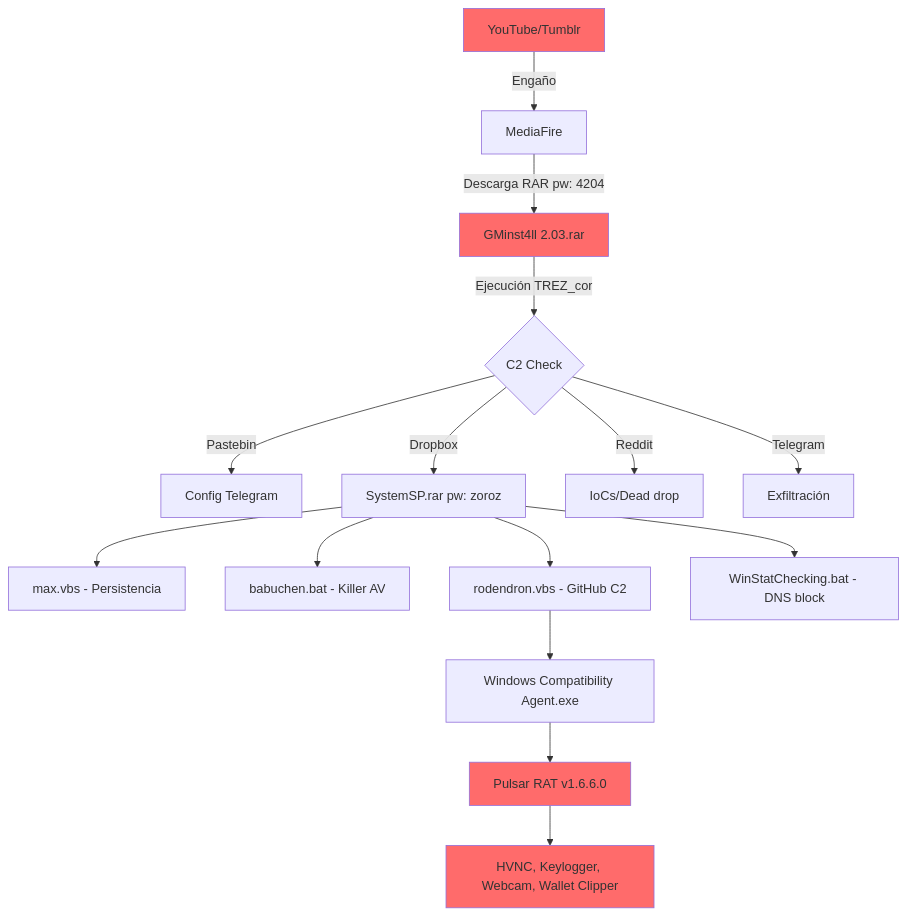
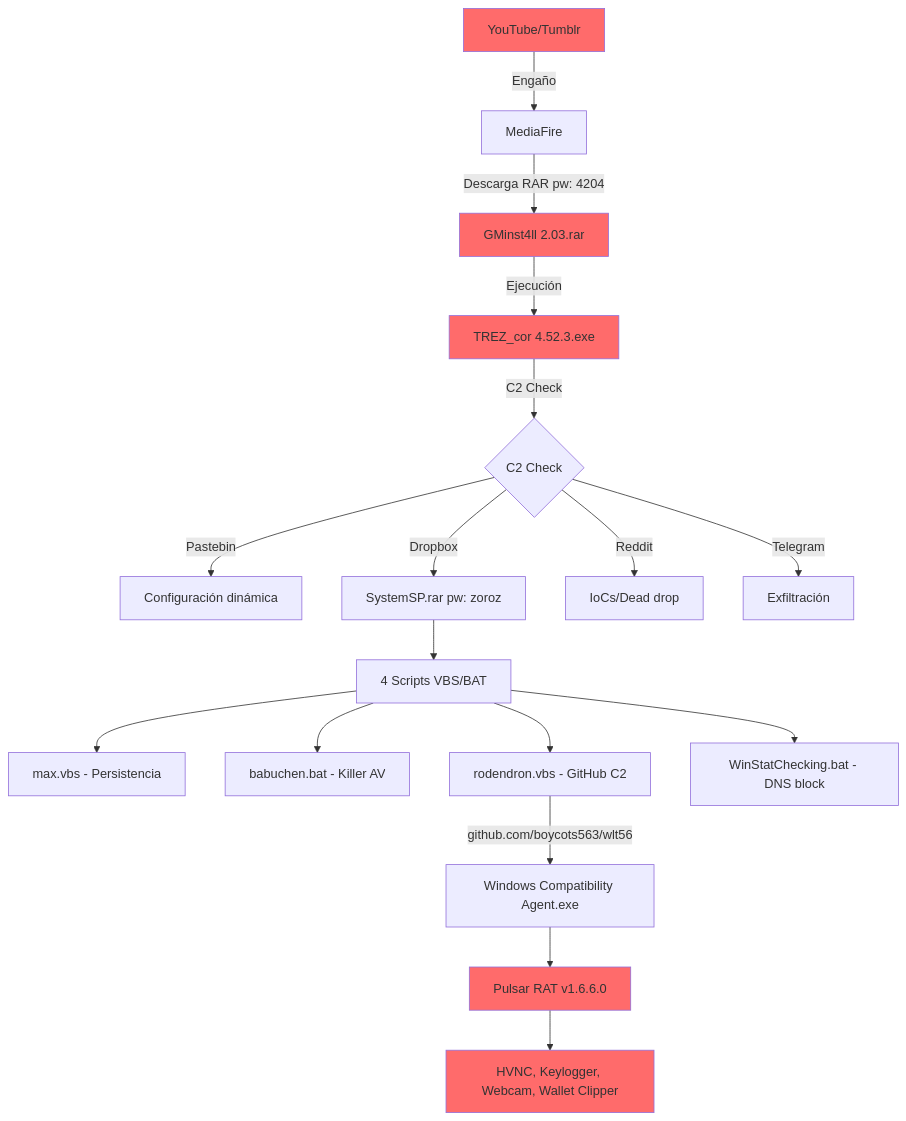
One commit to alesanfe/soar-ransomware-lab changed diagram 11 of 12 in docs/thesis/appendix_f.md. Above: the diagram before and after it, drawn with Mermaid.

First paragraph of the commit message:
fix(thesis): Anexo F.11 - corrige flujo GMinst4ll contra repo forensics
4 correcciones verificadas contra github.com/alesanfe/gminst4ll-forensics
(README.md y docs/01_INFORME_PRINCIPAL_GMINST4LL.md):

````diff
--- a/docs/thesis/appendix_f.md
+++ b/docs/thesis/appendix_f.md
@@ -450,21 +450,24 @@
 ```mermaid
 graph TD
  A[YouTube/Tumblr] -->|Engaño| B[MediaFire]
  B -->|Descarga RAR pw: 4204| C[GMinst4ll 2.03.rar]
- C -->|Ejecución TREZ_cor| D{C2 Check}
- D -->|Pastebin| E[Config Telegram]
- D -->|Dropbox| F[SystemSP.rar pw: zoroz]
- D -->|Reddit| G[IoCs/Dead drop]
- D -->|Telegram| H[Exfiltración]
- F --> I[max.vbs - Persistencia]
- F --> J[babuchen.bat - Killer AV]
- F --> K[rodendron.vbs - GitHub C2]
- F --> L[WinStatChecking.bat - DNS block]
- K --> M[Windows Compatibility Agent.exe]
- M --> N[Pulsar RAT v1.6.6.0]
- N --> O[HVNC, Keylogger, Webcam, Wallet Clipper]
+ C -->|Ejecución| D[TREZ_cor 4.52.3.exe]
+ D -->|C2 Check| E{C2 Check}
+ E -->|Pastebin| F[Configuración dinámica]
+ E -->|Dropbox| G[SystemSP.rar pw: zoroz]
+ E -->|Reddit| H[IoCs/Dead drop]
+ E -->|Telegram| I[Exfiltración]
+ G --> J[4 Scripts VBS/BAT]
+ J --> K[max.vbs - Persistencia]
+ J --> L[babuchen.bat - Killer AV]
+ J --> M[rodendron.vbs - GitHub C2]
+ J --> N[WinStatChecking.bat - DNS block]
+ M -->|github.com/boycots563/wlt56| O[Windows Compatibility Agent.exe]
+ O --> P[Pulsar RAT v1.6.6.0]
+ P --> Q[HVNC, Keylogger, Webcam, Wallet Clipper]
  style A fill:#ff6b6b
  style C fill:#ff6b6b
- style N fill:#ff6b6b
- style O fill:#ff6b6b
+ style D fill:#ff6b6b
+ style P fill:#ff6b6b
+ style Q fill:#ff6b6b
 ```
````
